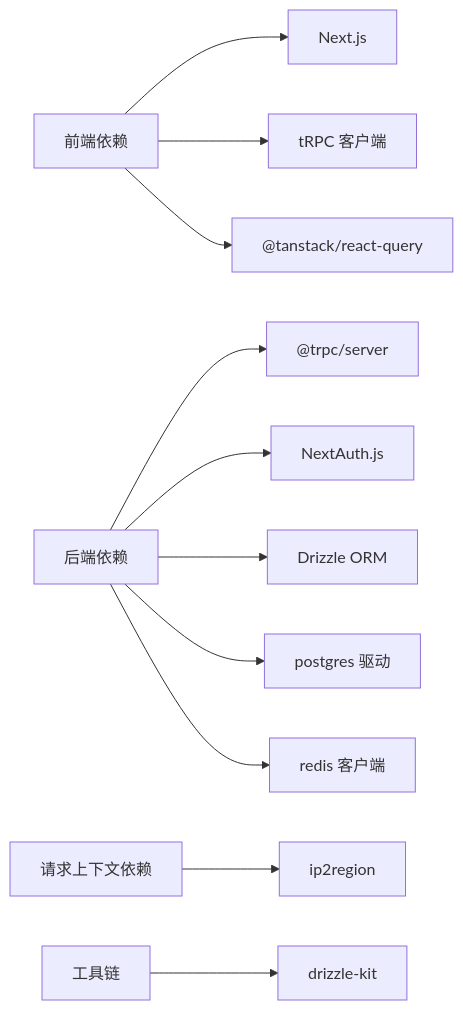
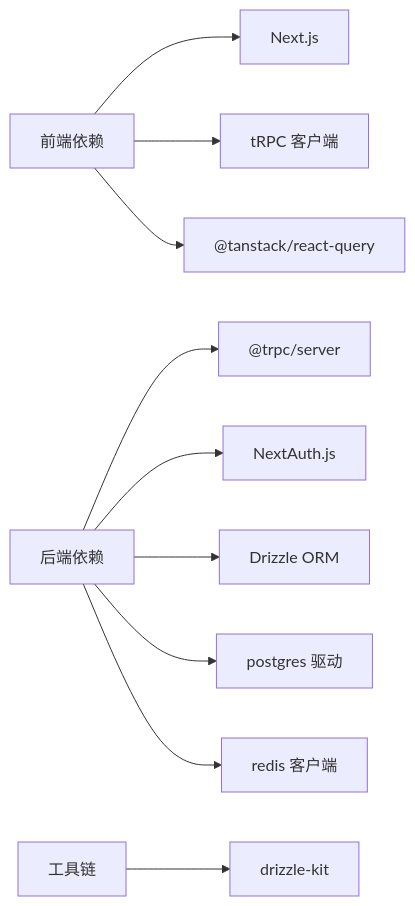
Diagram 11 of 11 in .qoder/repowiki/zh/content/架构设计/架构设计.md (RadiumAg/AIGate), drawn with Mermaid before and after one commit. The commit also changed other lines of this file and 21 other files, not shown here.

````diff
--- a/.qoder/repowiki/zh/content/架构设计/架构设计.md
+++ b/.qoder/repowiki/zh/content/架构设计/架构设计.md
@@ -482,13 +419,12 @@
 ```mermaid
 graph LR
 FE["前端依赖"] --> Next["Next.js"]
 FE --> TRPC["tRPC 客户端"]
 FE --> RQ["@tanstack/react-query"]
 BE["后端依赖"] --> TServer["@trpc/server"]
 BE --> NA["NextAuth.js"]
 BE --> Drizzle["Drizzle ORM"]
 BE --> PG["postgres 驱动"]
 BE --> Redis["redis 客户端"]
-RC["请求上下文依赖"] --> IP2["ip2region"]
 Tools["工具链"] --> DK["drizzle-kit"]
 ```
````
